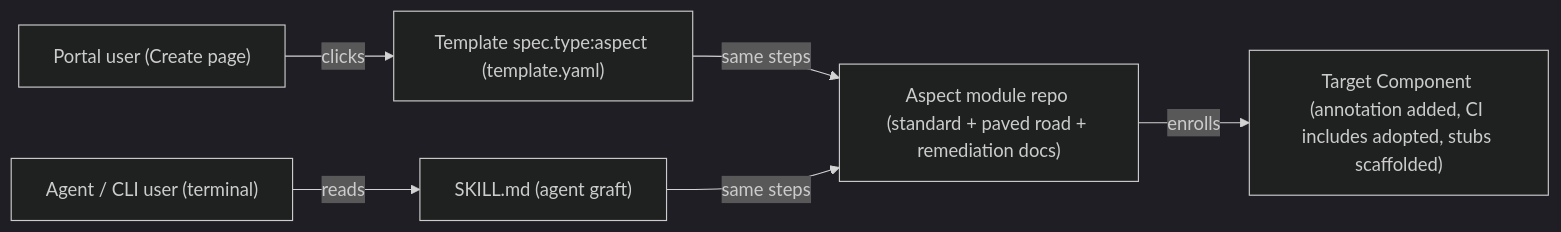
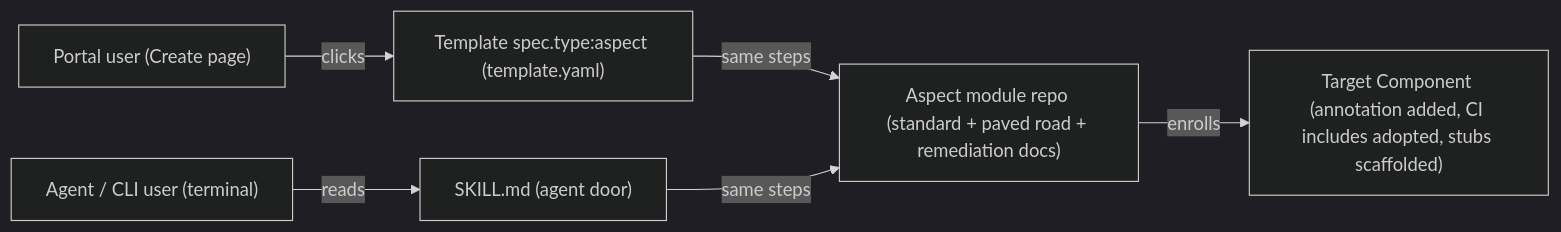
Before and after one commit to SiliconSaga/leidangr: the second of 3 diagrams in docs/guildhall-model.md, drawn with Mermaid (dark theme). The commit also changed other lines of this file and 18 other files, not shown here.

````diff
--- a/docs/guildhall-model.md
+++ b/docs/guildhall-model.md
@@ -63,8 +63,8 @@
 ```mermaid
 flowchart LR
     PORTAL["Portal user (Create page)"] -->|"clicks"| TEMPLATE["Template spec.type:aspect (template.yaml)"]
-    AGENT["Agent / CLI user (terminal)"] -->|"reads"| SKILL_MD["SKILL.md (agent graft)"]
+    AGENT["Agent / CLI user (terminal)"] -->|"reads"| SKILL_MD["SKILL.md (agent door)"]
     TEMPLATE -->|"same steps"| MODULE["Aspect module repo (standard + paved road + remediation docs)"]
     SKILL_MD -->|"same steps"| MODULE
     MODULE -->|"enrolls"| COMPONENT2["Target Component (annotation added, CI includes adopted, stubs scaffolded)"]
 ```
````
